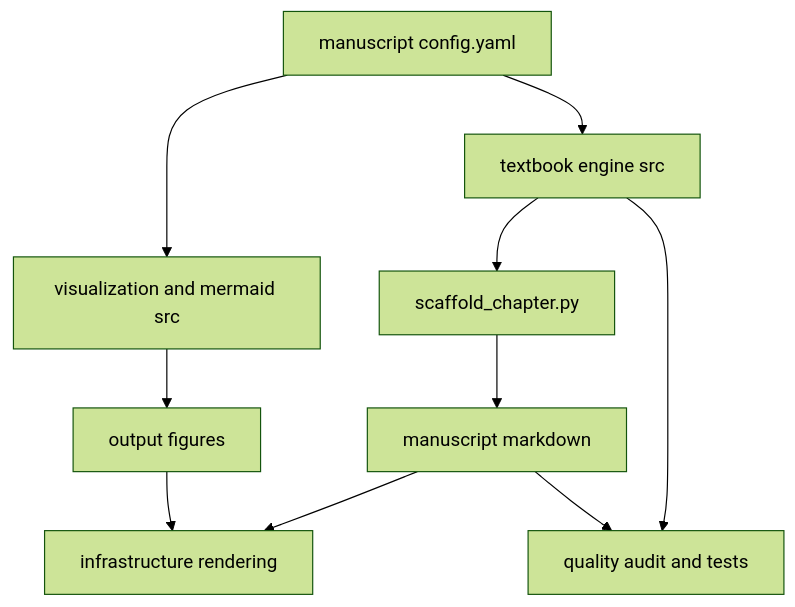
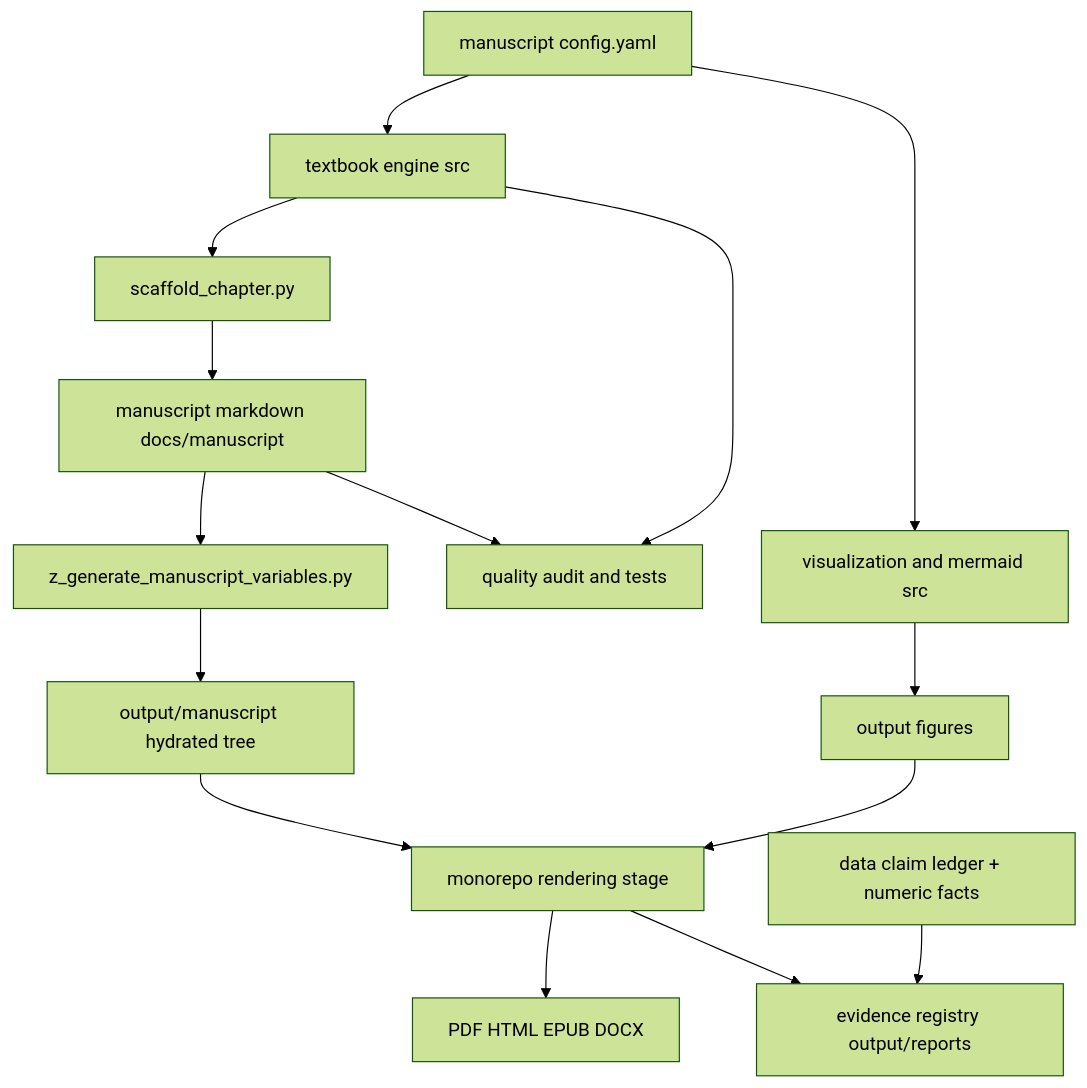
One commit to docxology/OmniLatticeTextbook changed the diagram in docs/architecture.md. Above: the diagram before and after it, drawn with Mermaid (forest theme). The commit also changed other lines of this file and 64 other files, not shown here.

````diff
--- a/docs/architecture.md
+++ b/docs/architecture.md
@@ -116,13 +146,18 @@
 ```mermaid
 flowchart TD
     CFG[manuscript config.yaml]
     CFG --> ENG[textbook engine src]
     CFG --> VIS[visualization and mermaid src]
     ENG --> SCAF[scaffold_chapter.py]
-    SCAF --> MS[manuscript markdown]
+    SCAF --> MS[manuscript markdown docs/manuscript]
+    MS --> HYD[z_generate_manuscript_variables.py]
+    HYD --> OUTMS[output/manuscript hydrated tree]
     VIS --> FIG[output figures]
-    MS --> RENDER[infrastructure rendering]
+    OUTMS --> RENDER[monorepo rendering stage]
     FIG --> RENDER
+    RENDER --> BOOK[PDF HTML EPUB DOCX]
     ENG --> GATE[quality audit and tests]
     MS --> GATE
+    DATA[data claim ledger + numeric facts] --> EV[evidence registry output/reports]
+    RENDER --> EV
 ```
````
